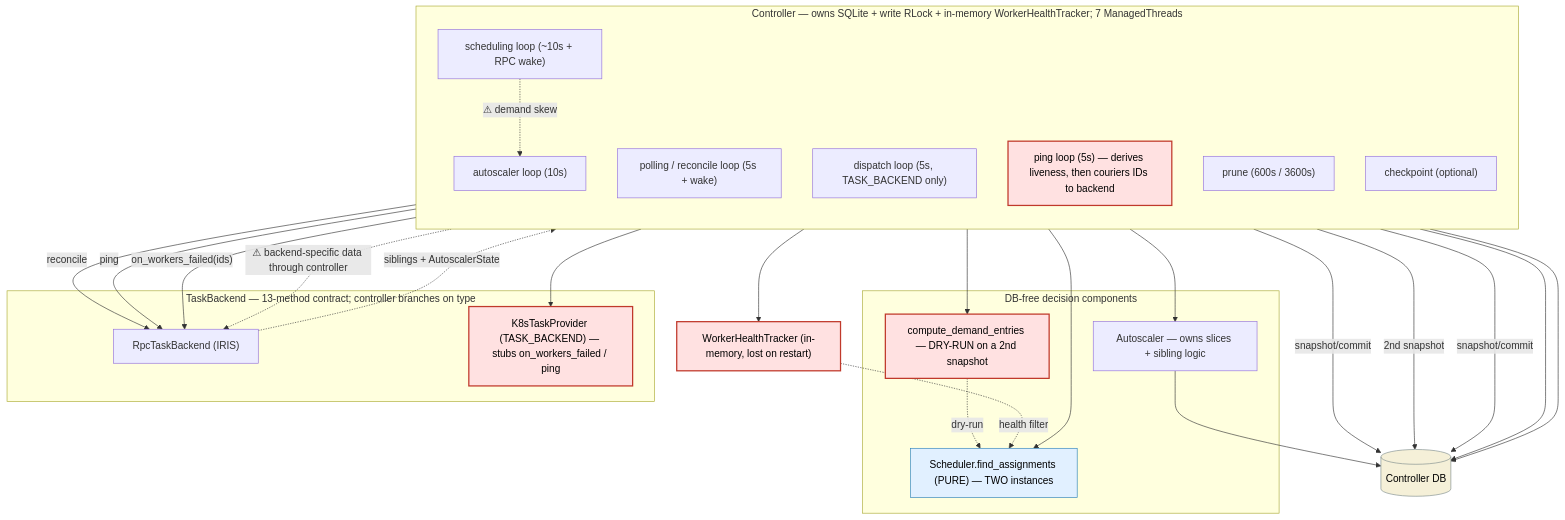
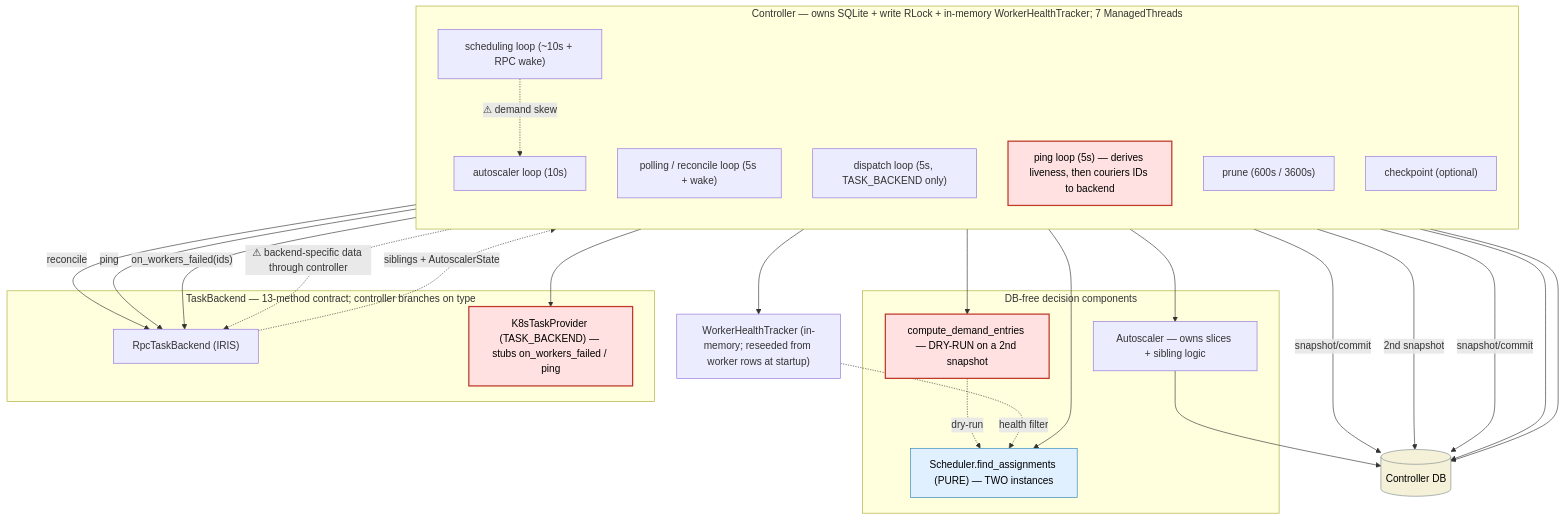
One commit to marin-community/marin changed the first of 2 diagrams in docs/plans/tighten-iris-control-boundaries-multi-backend-readiness.md. Above: the diagram before and after it, drawn with Mermaid. The commit also changed other lines of this file, not shown here.

First line of the commit message:
[iris] Plan: health stays in-memory (controller-owned), end-of-tick commit

````diff
--- a/docs/plans/tighten-iris-control-boundaries-multi-backend-readiness.md
+++ b/docs/plans/tighten-iris-control-boundaries-multi-backend-readiness.md
@@ -74,50 +82,50 @@
 ```mermaid
 flowchart TB
     classDef problem fill:#ffe1e1,stroke:#c0392b,stroke-width:2px,color:#000;
     classDef pure fill:#e1f0ff,stroke:#2980b9,color:#000;
     classDef store fill:#f5f0d8,stroke:#7f8c8d,color:#000;
 
     subgraph CTRL["Controller — owns SQLite + write RLock + in-memory WorkerHealthTracker; 7 ManagedThreads"]
         direction TB
         L1["scheduling loop (~10s + RPC wake)"]
         L2["polling / reconcile loop (5s + wake)"]
         L3["dispatch loop (5s, TASK_BACKEND only)"]
         L4["ping loop (5s) — derives liveness, then couriers IDs to backend"]:::problem
         L5["autoscaler loop (10s)"]
         L6["prune (600s / 3600s)"]
         L7["checkpoint (optional)"]
     end
 
     DB[("Controller DB")]:::store
-    HT["WorkerHealthTracker (in-memory, lost on restart)"]:::problem
+    HT["WorkerHealthTracker (in-memory; reseeded from worker rows at startup)"]
 
     subgraph PURE["DB-free decision components"]
         SCH["Scheduler.find_assignments (PURE) — TWO instances"]:::pure
         DEM["compute_demand_entries — DRY-RUN on a 2nd snapshot"]:::problem
         ASP["Autoscaler — owns slices + sibling logic"]
     end
 
     subgraph BK["TaskBackend — 13-method contract; controller branches on type"]
         RPCB["RpcTaskBackend (IRIS)"]
         K8S["K8sTaskProvider (TASK_BACKEND) — stubs on_workers_failed / ping"]:::problem
     end
 
     L1 --> SCH
     L1 -->|"snapshot/commit"| DB
     L5 -->|"2nd snapshot"| DB
     L5 --> DEM -.->|"dry-run"| SCH
     L5 --> ASP --> DB
     L2 -->|"snapshot/commit"| DB
     L2 -->|"reconcile"| RPCB
     L3 --> K8S
     L4 -->|"ping"| RPCB
     L4 --> HT
     L4 -->|"on_workers_failed(ids)"| RPCB
     RPCB -.->|"siblings + AutoscalerState"| L4
     HT -.->|"health filter"| SCH
     L6 --> DB
     L7 --> DB
 
     L1 -.->|"⚠ demand skew"| L5
     L4 -.->|"⚠ backend-specific data through controller"| RPCB
 ```
````
